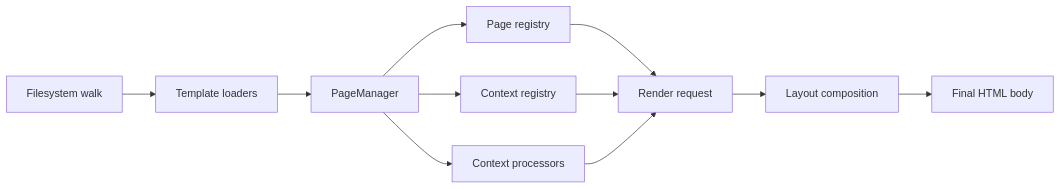
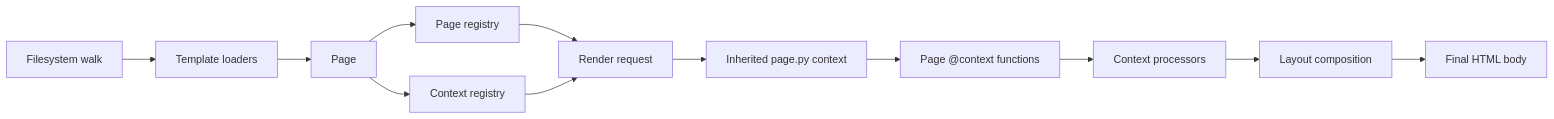
One commit to next-dj/next-dj changed the diagram in docs/content/internals/page-discovery.rst. Above: the diagram before and after it, drawn with Mermaid. The commit also changed other lines of this file and 104 other files, not shown here.

```diff
--- a/docs/content/internals/page-discovery.rst
+++ b/docs/content/internals/page-discovery.rst
@@ -21,13 +21,14 @@
 .. mermaid::
 
    flowchart LR
        Walk[Filesystem walk] --> Loaders[Template loaders]
-       Loaders --> Manager[PageManager]
+       Loaders --> Manager[Page]
        Manager --> Registry[Page registry]
        Manager --> ContextReg[Context registry]
-       Manager --> Processors[Context processors]
        Registry --> Render[Render request]
        ContextReg --> Render
-       Processors --> Render
-       Render --> LayoutCompose[Layout composition]
+       Render --> InheritedCtx[Inherited page.py context]
+       InheritedCtx --> PageCtx[Page @context functions]
+       PageCtx --> Processors[Context processors]
+       Processors --> LayoutCompose[Layout composition]
        LayoutCompose --> Output[Final HTML body]
```
